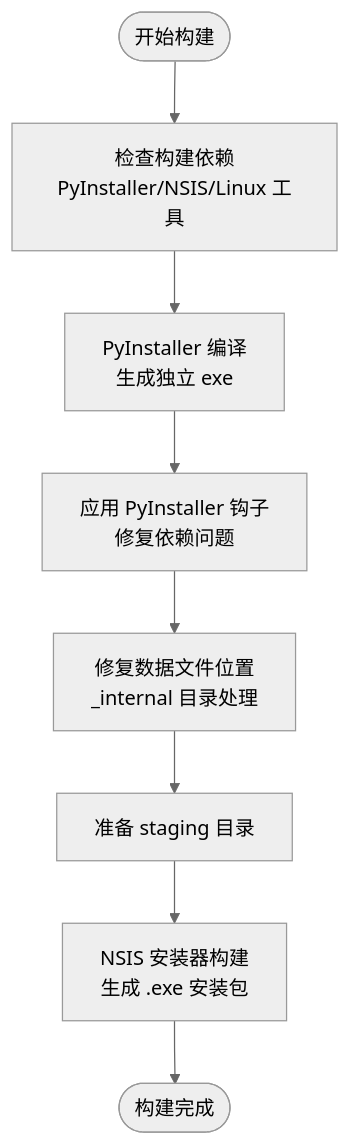
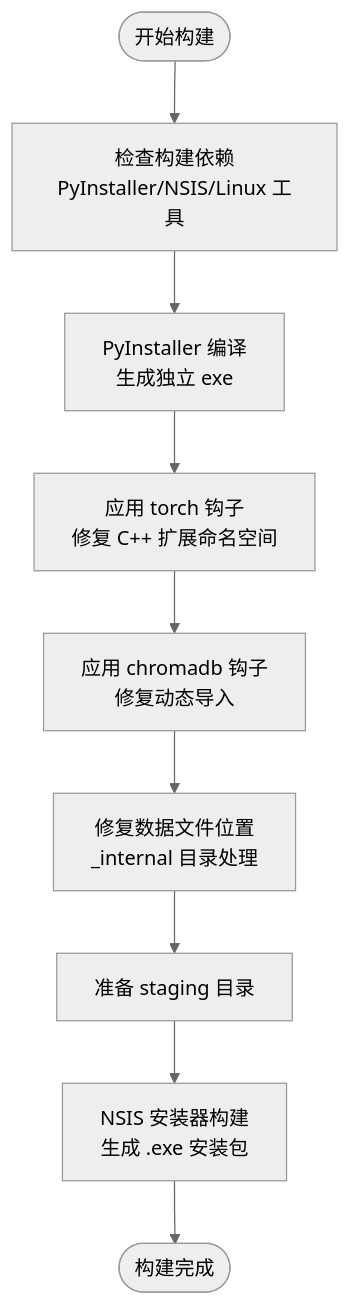
The third of 6 diagrams in .qoder/repowiki/zh/content/部署与运维/部署与运维.md (joyafa/knowledge), drawn with Mermaid (neutral theme) before and after one commit. The commit also changed other lines of this file and 14 other files, not shown here.

````diff
--- a/.qoder/repowiki/zh/content/部署与运维/部署与运维.md
+++ b/.qoder/repowiki/zh/content/部署与运维/部署与运维.md
@@ -226,10 +232,11 @@
 ```mermaid
 flowchart TD
 Start(["开始构建"]) --> CheckDeps["检查构建依赖<br/>PyInstaller/NSIS/Linux 工具"]
 CheckDeps --> BuildPyI["PyInstaller 编译<br/>生成独立 exe"]
-BuildPyI --> ApplyHooks["应用 PyInstaller 钩子<br/>修复依赖问题"]
-ApplyHooks --> FixData["修复数据文件位置<br/>_internal 目录处理"]
+BuildPyI --> ApplyTorchHooks["应用 torch 钩子<br/>修复 C++ 扩展命名空间"]
+ApplyTorchHooks --> ApplyChromaHook["应用 chromadb 钩子<br/>修复动态导入"]
+ApplyChromaHook --> FixData["修复数据文件位置<br/>_internal 目录处理"]
 FixData --> PrepareStage["准备 staging 目录"]
 PrepareStage --> BuildNSIS["NSIS 安装器构建<br/>生成 .exe 安装包"]
 BuildNSIS --> Complete(["构建完成"])
 ```
````
